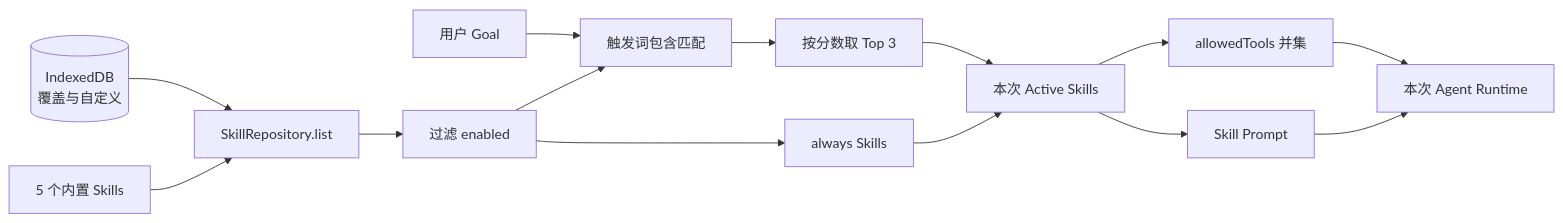
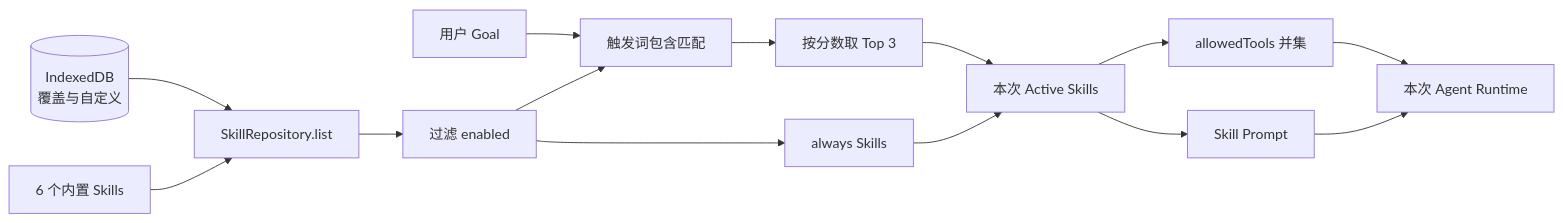
Before and after one commit to lijiajia96/llm-local: diagram 14 of 17 in ARCHITECTURE.md, drawn with Mermaid. The commit also changed other lines of this file and 28 other files, not shown here.

````diff
--- a/ARCHITECTURE.md
+++ b/ARCHITECTURE.md
@@ -545,29 +653,29 @@
 ```mermaid
 flowchart LR
     Goal[用户 Goal]
-    Builtins[5 个内置 Skills]
+    Builtins[6 个内置 Skills]
     Overrides[(IndexedDB<br/>覆盖与自定义)]
     Merge[SkillRepository.list]
     Enabled[过滤 enabled]
     Core[always Skills]
     Trigger[触发词包含匹配]
     Rank[按分数取 Top 3]
     Active[本次 Active Skills]
     Prompts[Skill Prompt]
     ACL[allowedTools 并集]
     Runtime[本次 Agent Runtime]
 
     Builtins --> Merge
     Overrides --> Merge
     Merge --> Enabled
     Goal --> Trigger
     Enabled --> Core
     Enabled --> Trigger
     Trigger --> Rank
     Core --> Active
     Rank --> Active
     Active --> Prompts
     Active --> ACL
     Prompts --> Runtime
     ACL --> Runtime
 ```
````
